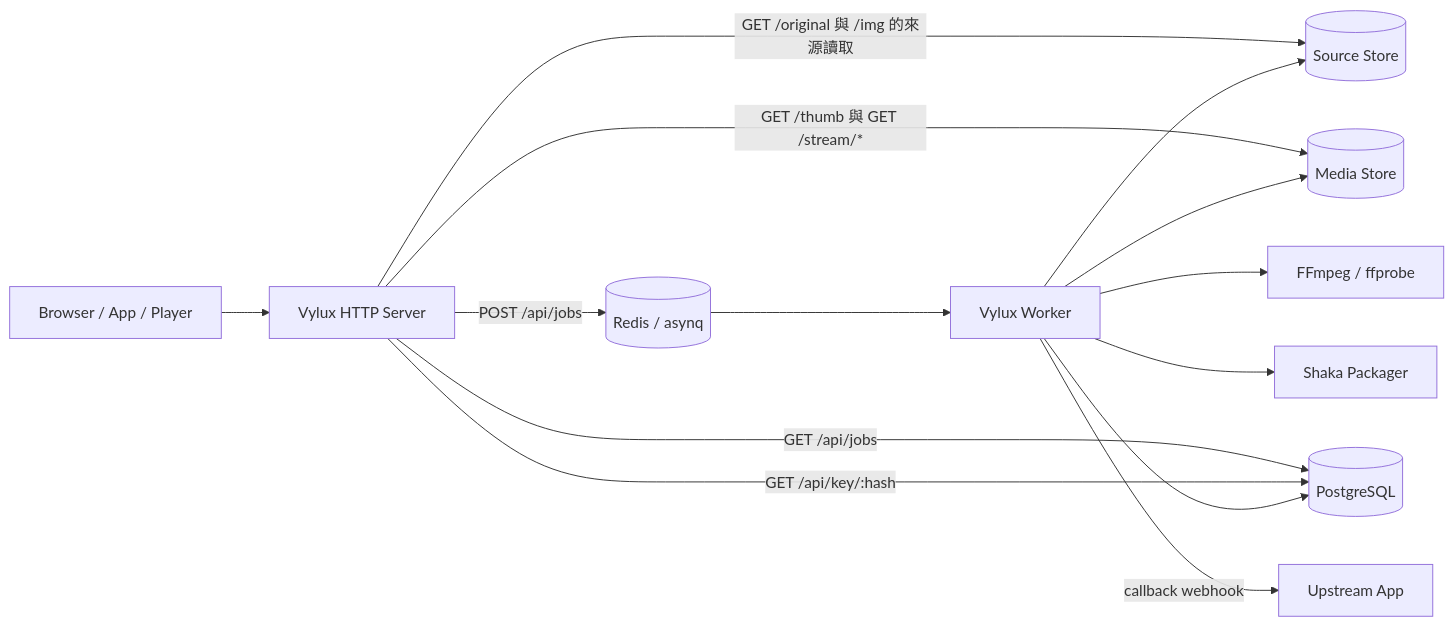
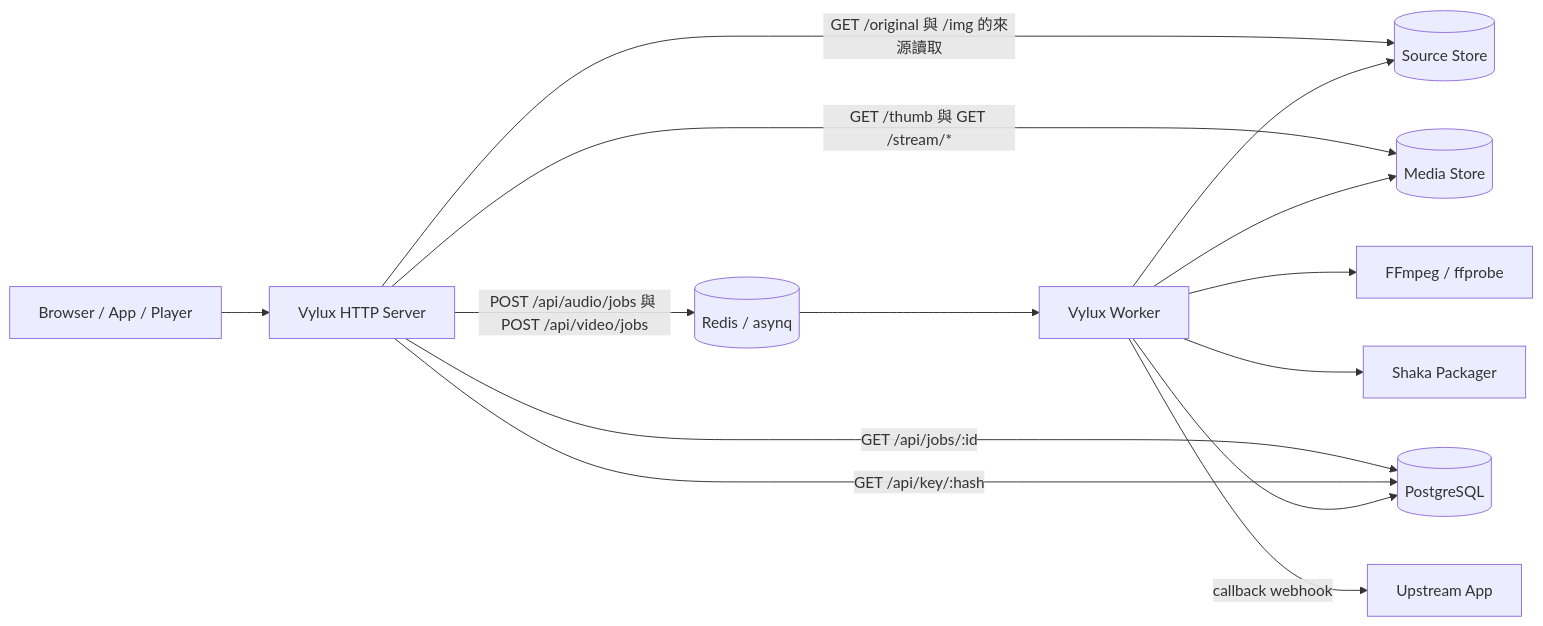
Before and after one commit to carry0987/Vylux: the diagram in i18n/zh-TW/docusaurus-plugin-content-docs/current/architecture/overview.md, drawn with Mermaid. The commit also changed other lines of this file and 31 other files, not shown here.

````diff
--- a/i18n/zh-TW/docusaurus-plugin-content-docs/current/architecture/overview.md
+++ b/i18n/zh-TW/docusaurus-plugin-content-docs/current/architecture/overview.md
@@ -35,16 +35,16 @@
 ```mermaid
 flowchart LR
     Client[Browser / App / Player] --> HTTP[Vylux HTTP Server]
     HTTP -->|GET /original 與 /img 的來源讀取| Source[(Source Store)]
     HTTP -->|GET /thumb 與 GET /stream/*| Media[(Media Store)]
-    HTTP -->|POST /api/jobs| Redis[(Redis / asynq)]
-    HTTP -->|GET /api/jobs| PG[(PostgreSQL)]
+    HTTP -->|POST /api/audio/jobs 與 POST /api/video/jobs| Redis[(Redis / asynq)]
+    HTTP -->|GET /api/jobs/:id| PG[(PostgreSQL)]
     HTTP -->|GET /api/key/:hash| PG
     Redis --> Worker[Vylux Worker]
     Worker --> FFmpeg[FFmpeg / ffprobe]
     Worker --> Packager[Shaka Packager]
     Worker --> PG
     Worker --> Source
     Worker --> Media
     Worker -->|callback webhook| Upstream[Upstream App]
 ```
````
